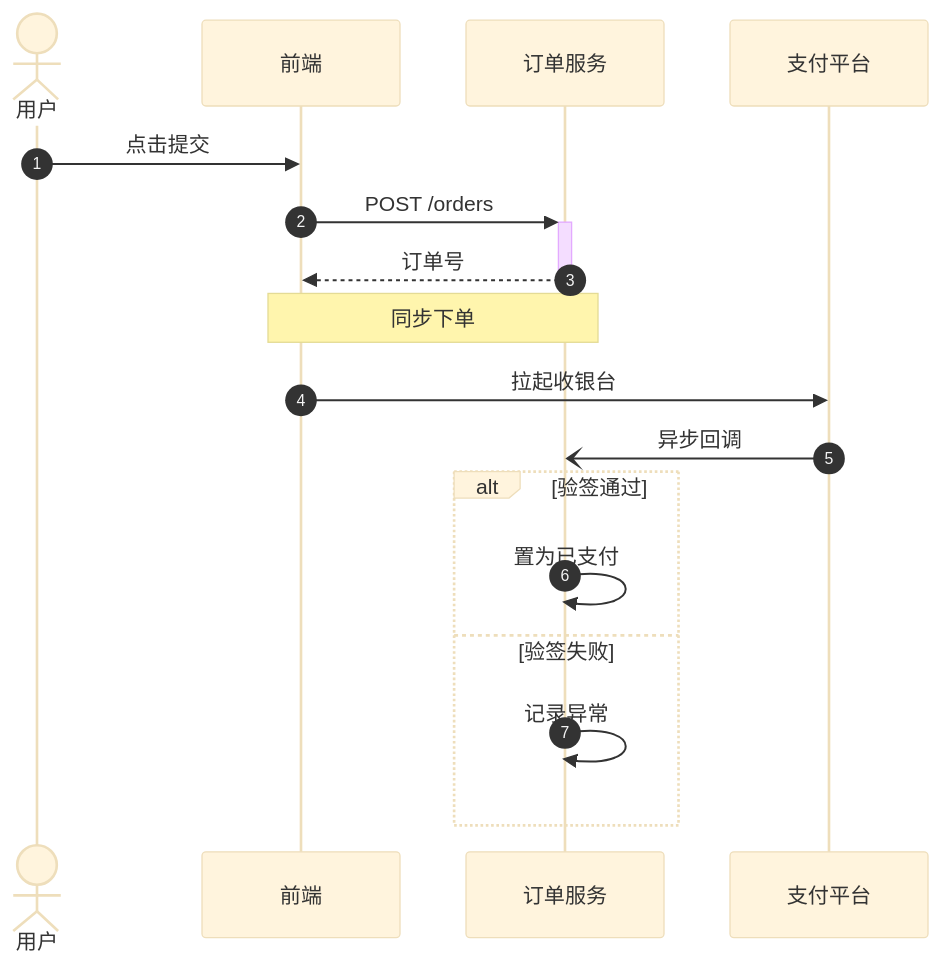
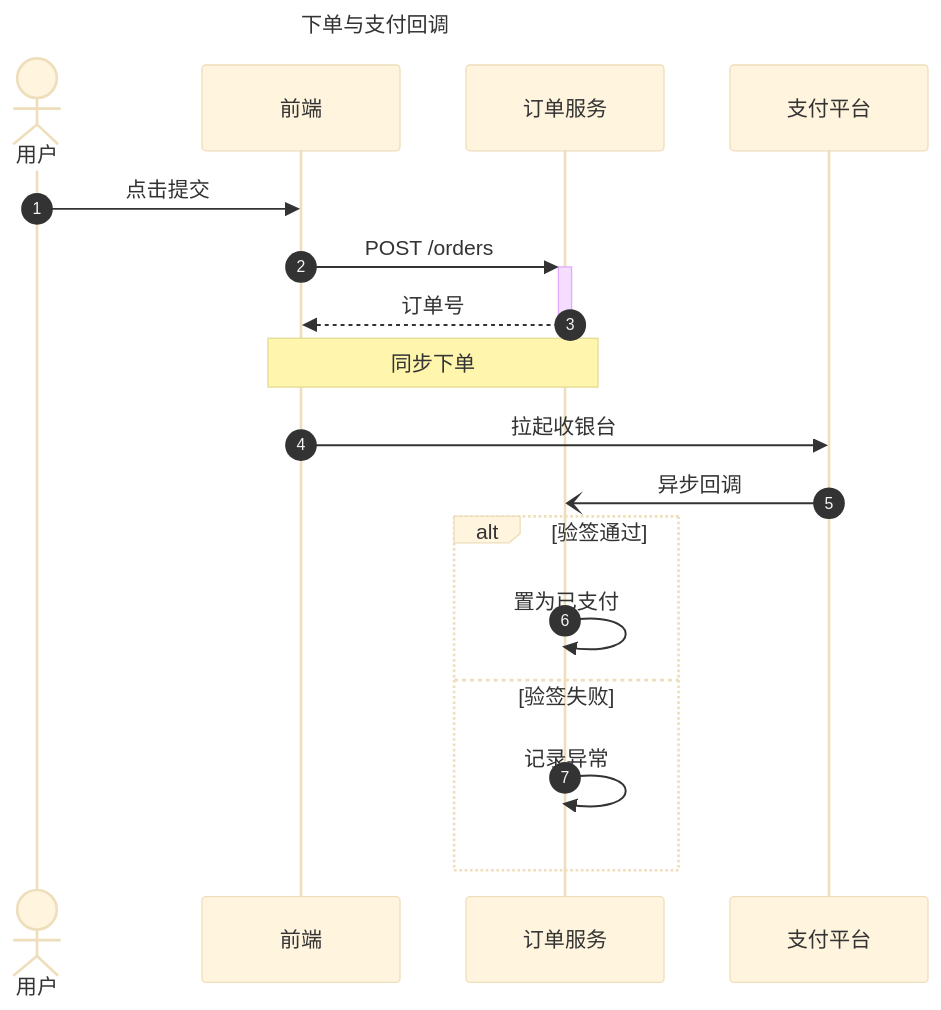
One commit to huang-hee/diagram-kit changed the third of 8 diagrams in references/types-flow.md. Above: the diagram before and after it, drawn with Mermaid (base theme). The commit also changed other lines of this file and 248 other files, not shown here.

First line of the commit message:
feat: 示例按统一风格重做，补齐 42 张 drawio 整图示例，默认工具改为 drawio

````diff
--- a/references/types-flow.md
+++ b/references/types-flow.md
@@ -113,19 +119,22 @@
 ```mermaid
+---
+title: 下单与支付回调
+---
 sequenceDiagram
   autonumber
   actor U as 用户
   participant FE as 前端
   participant O as 订单服务
   participant P as 支付平台
   U->>FE: 点击提交
   FE->>+O: POST /orders
   O-->>-FE: 订单号
   Note over FE,O: 同步下单
   FE->>P: 拉起收银台
   P-)O: 异步回调
   alt 验签通过
     O->>O: 置为已支付
   else 验签失败
     O->>O: 记录异常
   end
 ```
````
